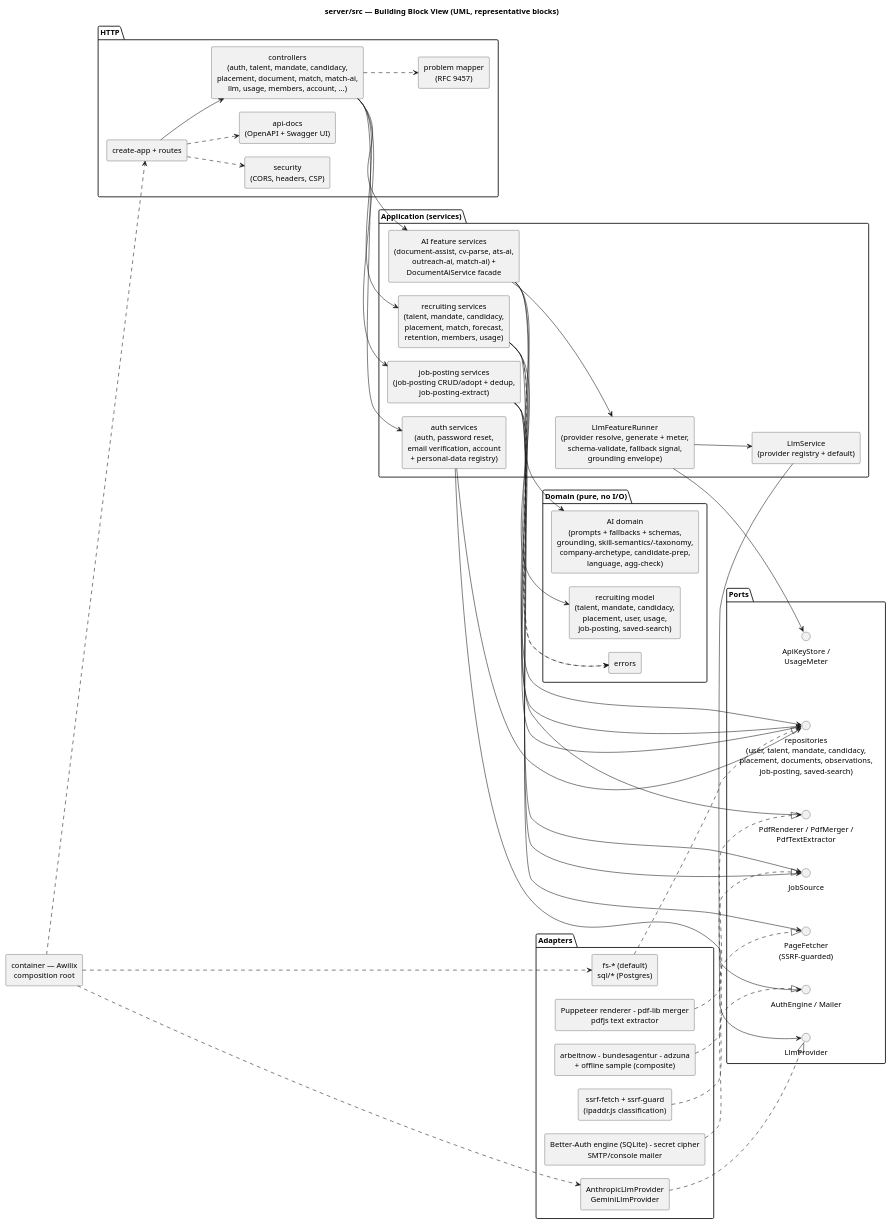
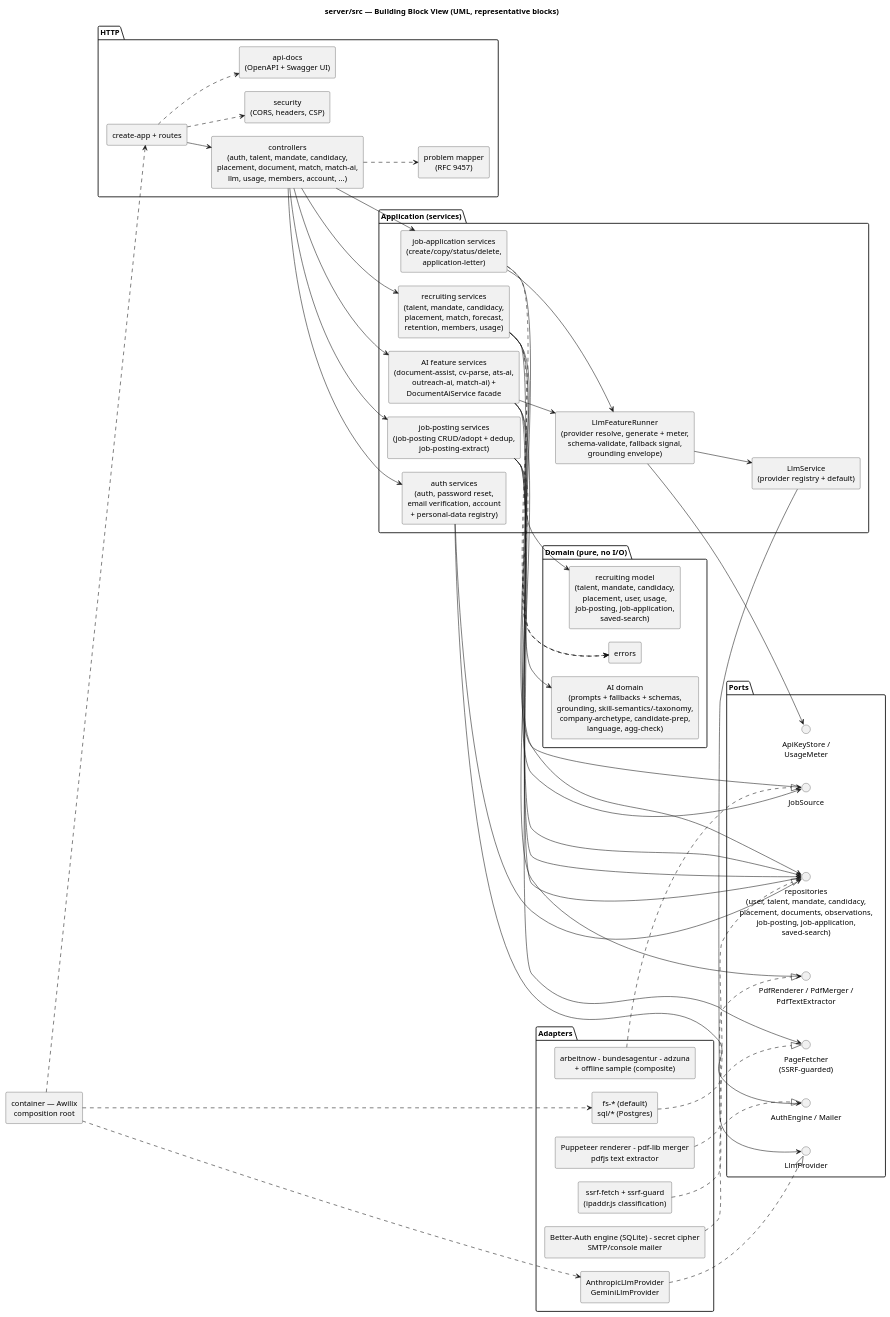
One commit to NexusHero/Resume changed the diagram in docs/umls/05_building_blocks.puml. Above: the diagram before and after it, drawn with PlantUML. The commit also changed 75 other files, not shown here.

```diff
--- a/docs/umls/05_building_blocks.puml
+++ b/docs/umls/05_building_blocks.puml
@@ -1,92 +1,97 @@
 @startuml 05_building_blocks
 title server/src — Building Block View (UML, representative blocks)
 
 skinparam shadowing false
 skinparam componentStyle rectangle
 skinparam defaultTextAlignment center
 skinparam nodesep 25
 skinparam ranksep 45
 left to right direction
 
 package "HTTP" {
   [create-app + routes] as App
   [controllers\n(auth, talent, mandate, candidacy,\nplacement, document, match, match-ai,\nllm, usage, members, account, ...)] as Ctrl
   [problem mapper\n(RFC 9457)] as Problem
   [security\n(CORS, headers, CSP)] as Security
   [api-docs\n(OpenAPI + Swagger UI)] as Docs
 }
 
 package "Application (services)" {
   [LlmFeatureRunner\n(provider resolve, generate + meter,\nschema-validate, fallback signal,\ngrounding envelope)] as Runner
   [AI feature services\n(document-assist, cv-parse, ats-ai,\noutreach-ai, match-ai) +\nDocumentAiService facade] as AiSvc
   [recruiting services\n(talent, mandate, candidacy,\nplacement, match, forecast,\nretention, members, usage)] as RecSvc
   [job-posting services\n(job-posting CRUD/adopt + dedup,\njob-posting-extract)] as JobPostingSvc
+  [job-application services\n(create/copy/status/delete,\napplication-letter)] as JobAppSvc
   [auth services\n(auth, password reset,\nemail verification, account\n+ personal-data registry)] as AuthSvc
   [LlmService\n(provider registry + default)] as LlmSvc
 }
 
 package "Domain (pure, no I/O)" {
-  [recruiting model\n(talent, mandate, candidacy,\nplacement, user, usage,\njob-posting, saved-search)] as Model
+  [recruiting model\n(talent, mandate, candidacy,\nplacement, user, usage,\njob-posting, job-application,\nsaved-search)] as Model
   [AI domain\n(prompts + fallbacks + schemas,\ngrounding, skill-semantics/-taxonomy,\ncompany-archetype, candidate-prep,\nlanguage, agg-check)] as AiDomain
   [errors] as DomainErrors
 }
 
 package "Ports" {
-  interface "repositories\n(user, talent, mandate, candidacy,\nplacement, documents, observations,\njob-posting, saved-search)" as Repos
+  interface "repositories\n(user, talent, mandate, candidacy,\nplacement, documents, observations,\njob-posting, job-application,\nsaved-search)" as Repos
   interface LlmProvider
   interface "ApiKeyStore /\nUsageMeter" as Keys
   interface "AuthEngine / Mailer" as AuthPorts
   interface "PdfRenderer / PdfMerger /\nPdfTextExtractor" as PdfPorts
   interface JobSource
   interface "PageFetcher\n(SSRF-guarded)" as PageFetcher
 }
 
 package "Adapters" {
   [fs-* (default)\nsql/* (Postgres)] as StoreAdapters
   [AnthropicLlmProvider\nGeminiLlmProvider] as LlmAdapters
   [Better-Auth engine (SQLite) - secret cipher\nSMTP/console mailer] as AuthAdapters
   [Puppeteer renderer - pdf-lib merger\npdfjs text extractor] as PdfAdapters
   [arbeitnow - bundesagentur - adzuna\n+ offline sample (composite)] as JobAdapters
   [ssrf-fetch + ssrf-guard\n(ipaddr.js classification)] as SsrfAdapter
 }
 
 [container — Awilix\ncomposition root] as Container
 
 App --> Ctrl
 App ..> Security
 App ..> Docs
 Ctrl ..> Problem
 Ctrl --> AiSvc
 Ctrl --> RecSvc
 Ctrl --> AuthSvc
 Ctrl --> JobPostingSvc
+Ctrl --> JobAppSvc
 AiSvc --> Runner
 Runner --> LlmSvc
 Runner --> Keys
 AiSvc --> AiDomain
 RecSvc --> Model
 AuthSvc --> AuthPorts
 AiSvc --> Repos
 RecSvc --> Repos
 AuthSvc --> Repos
 JobPostingSvc --> Repos
 JobPostingSvc --> JobSource
 JobPostingSvc --> PageFetcher
+JobAppSvc --> Repos
+JobAppSvc --> Runner
 RecSvc ..> DomainErrors
 JobPostingSvc ..> DomainErrors
+JobAppSvc ..> DomainErrors
 AiSvc --> PdfPorts
 RecSvc --> JobSource
 LlmSvc --> LlmProvider
 
 StoreAdapters ..|> Repos
 LlmAdapters ..|> LlmProvider
 AuthAdapters ..|> AuthPorts
 PdfAdapters ..|> PdfPorts
 JobAdapters ..|> JobSource
 SsrfAdapter ..|> PageFetcher
 
 Container ..> StoreAdapters
 Container ..> LlmAdapters
 Container ..> App
 
 @enduml
```
